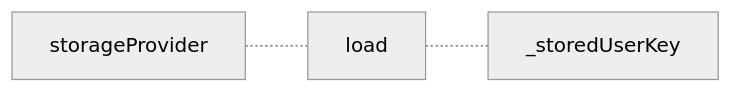
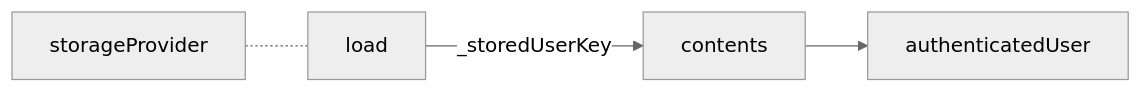
One commit to gordianknotC/nxp_note changed the eighth of 10 diagrams in newage/astro.md. Above: the diagram before and after it, drawn with Mermaid (neutral theme). The commit also changed other lines of this file, not shown here.

````diff
--- a/newage/astro.md
+++ b/newage/astro.md
@@ -129,6 +129,7 @@
 ```mermaid
 graph LR
 storageProvider -.- load
-load -.- _storedUserKey
+load --> |_storedUserKey| contents
+contents --> authenticatedUser
 
 ```
````
